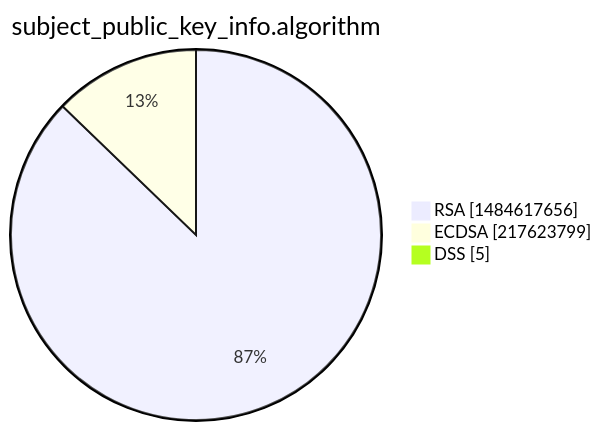
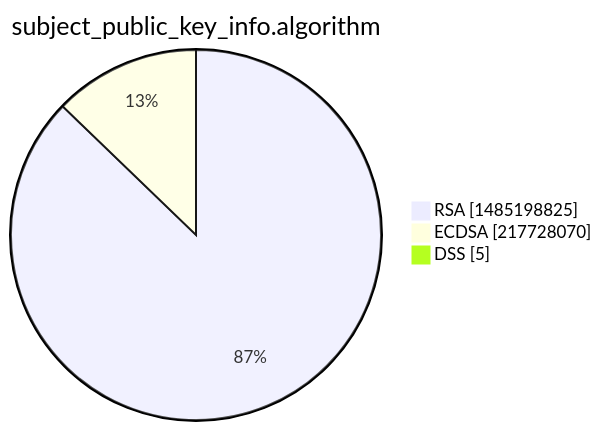
One commit to christiankrug/ctmonitor_visualization changed the third of 15 diagrams in xenon2022/README.md. Above: the diagram before and after it, drawn with Mermaid. The commit also changed other lines of this file, not shown here.

````diff
--- a/xenon2022/README.md
+++ b/xenon2022/README.md
@@ -14,7 +14,7 @@
 ```mermaid
 pie showData
 title subject_public_key_info.algorithm
-"RSA" :1484617656
-"ECDSA" :217623799
+"RSA" :1485198825
+"ECDSA" :217728070
 "DSS" :5
 ```
````
